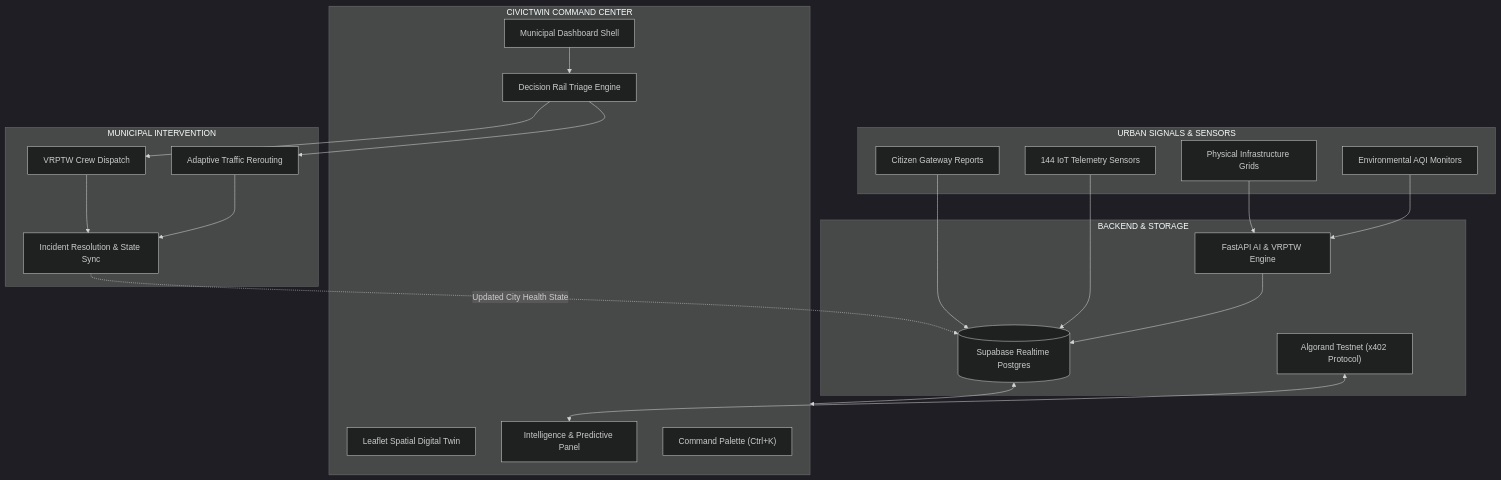
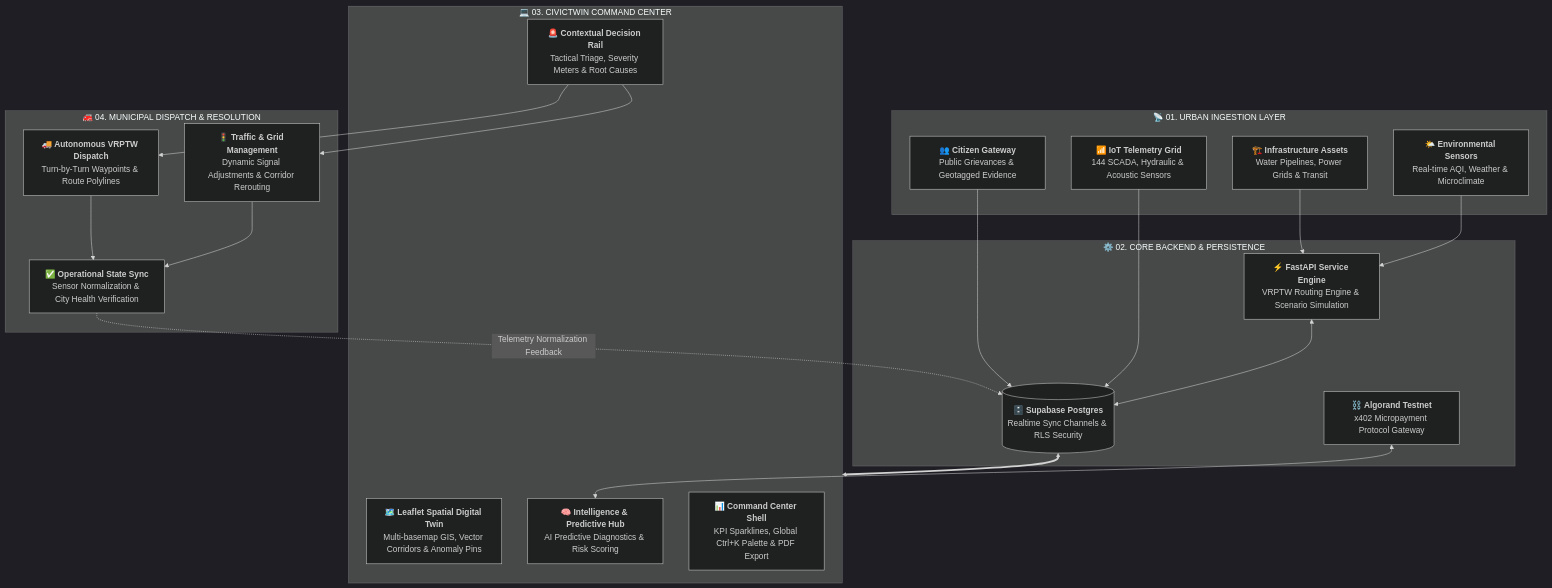
The third of 5 diagrams in README.md (SIDDHARTHXMEUR/CIVICTWIN), drawn with Mermaid (dark theme) before and after one commit. The commit also changed other lines of this file, not shown here.

Commit message:
docs: scale up Mermaid diagrams with vertical structured subgraphs for high-visibility GitHub rendering

````diff
--- a/README.md
+++ b/README.md
@@ -249,43 +255,37 @@
 ```mermaid
-flowchart TB
-    subgraph INTAKE [URBAN SIGNALS & SENSORS]
-        CIT["Citizen Gateway Reports"]
-        IOT["144 IoT Telemetry Sensors"]
-        INF["Physical Infrastructure Grids"]
-        ENV["Environmental AQI Monitors"]
+flowchart TD
+    subgraph INTAKE ["📡 01. URBAN INGESTION LAYER"]
+        CIT["<b>👥 Citizen Gateway</b><br/>Public Grievances & Geotagged Evidence"]
+        IOT["<b>📶 IoT Telemetry Grid</b><br/>144 SCADA, Hydraulic & Acoustic Sensors"]
+        INF["<b>🏗️ Infrastructure Assets</b><br/>Water Pipelines, Power Grids & Transit"]
+        ENV["<b>🌤️ Environmental Sensors</b><br/>Real-time AQI, Weather & Microclimate"]
     end
 
-    subgraph SERVICES [BACKEND & STORAGE]
-        SB[("Supabase Realtime Postgres")]
-        FAST["FastAPI AI & VRPTW Engine"]
-        ALGO["Algorand Testnet (x402 Protocol)"]
+    subgraph BACKEND ["⚙️ 02. CORE BACKEND & PERSISTENCE"]
+        SB[("<b>🗄️ Supabase Postgres</b><br/>Realtime Sync Channels & RLS Security")]
+        FAST["<b>⚡ FastAPI Service Engine</b><br/>VRPTW Routing Engine & Scenario Simulation"]
+        ALGO["<b>⛓️ Algorand Testnet</b><br/>x402 Micropayment Protocol Gateway"]
     end
 
-    subgraph WORKSPACE [CIVICTWIN COMMAND CENTER]
-        GIS["Leaflet Spatial Digital Twin"]
-        INT["Intelligence & Predictive Panel"]
-        CMD["Municipal Dashboard Shell"]
-        DEC["Decision Rail Triage Engine"]
-        PAL["Command Palette (Ctrl+K)"]
+    subgraph WORKSPACE ["💻 03. CIVICTWIN COMMAND CENTER"]
+        GIS["<b>🗺️ Leaflet Spatial Digital Twin</b><br/>Multi-basemap GIS, Vector Corridors & Anomaly Pins"]
+        DEC["<b>🚨 Contextual Decision Rail</b><br/>Tactical Triage, Severity Meters & Root Causes"]
+        INT["<b>🧠 Intelligence & Predictive Hub</b><br/>AI Predictive Diagnostics & Risk Scoring"]
+        CMD["<b>📊 Command Center Shell</b><br/>KPI Sparklines, Global Ctrl+K Palette & PDF Export"]
     end
 
-    subgraph ACTION [MUNICIPAL INTERVENTION]
-        VRPTW["VRPTW Crew Dispatch"]
-        REROUTE["Adaptive Traffic Rerouting"]
-        RES["Incident Resolution & State Sync"]
+    subgraph ACTION ["🚒 04. MUNICIPAL DISPATCH & RESOLUTION"]
+        VRPTW["<b>🚚 Autonomous VRPTW Dispatch</b><br/>Turn-by-Turn Waypoints & Route Polylines"]
+        REROUTE["<b>🚦 Traffic & Grid Management</b><br/>Dynamic Signal Adjustments & Corridor Rerouting"]
+        RES["<b>✅ Operational State Sync</b><br/>Sensor Normalization & City Health Verification"]
     end
 
-    CIT --> SB
-    IOT --> SB
-    INF --> FAST
-    ENV --> FAST
-    FAST --> SB
-    SB <--> WORKSPACE
+    CIT & IOT --> SB
+    INF & ENV --> FAST
+    FAST <--> SB
     ALGO <--> INT
-    CMD --> DEC
-    DEC --> VRPTW
-    DEC --> REROUTE
-    VRPTW --> RES
-    REROUTE --> RES
-    RES -.->|Updated City Health State| SB
+    SB <==> WORKSPACE
+    DEC --> VRPTW & REROUTE
+    VRPTW & REROUTE --> RES
+    RES -.->|Telemetry Normalization Feedback| SB
 ```
````
